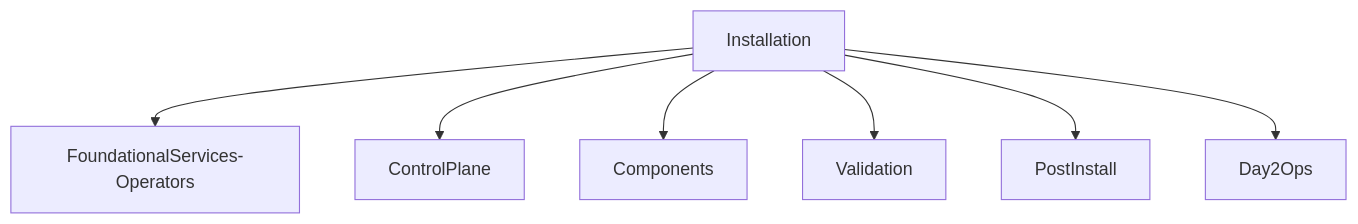
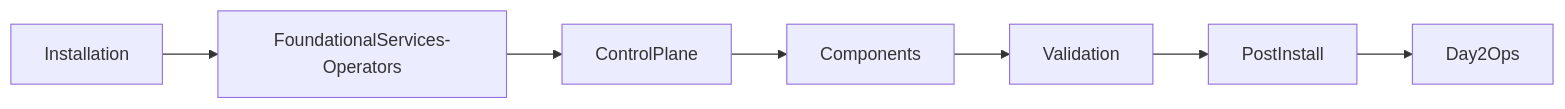
One commit to ekambaraml/IBM-Cloud-Pak-for-Data changed the fourth of 4 diagrams in cpd45-deployment.md. Above: the diagram before and after it, drawn with Mermaid. The commit also changed other lines of this file, not shown here.

````diff
--- a/cpd45-deployment.md
+++ b/cpd45-deployment.md
@@ -302,9 +316,9 @@
 ```mermaid
-graph TD;
+flowchart LR;
     Installation -->FoundationalServices-Operators
-    Installation -->ControlPlane
-    Installation -->Components
-    Installation -->Validation
-    Installation -->PostInstall
-    Installation -->Day2Ops
+    FoundationalServices-Operators -->ControlPlane
+    ControlPlane -->Components
+    Components -->Validation
+    Validation -->PostInstall
+    PostInstall -->Day2Ops
 ```
````
